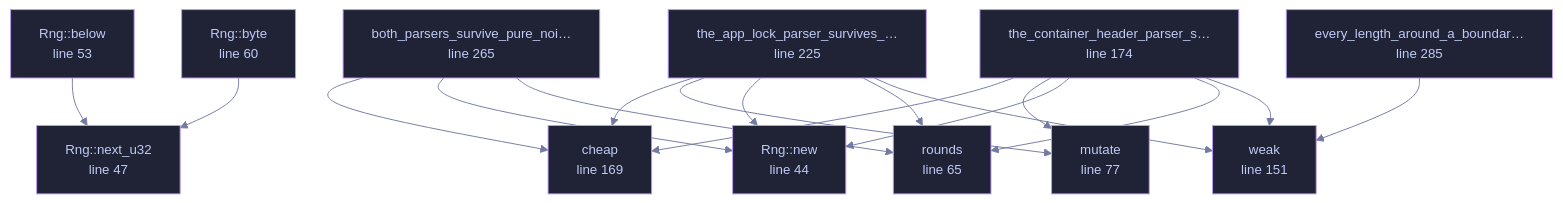
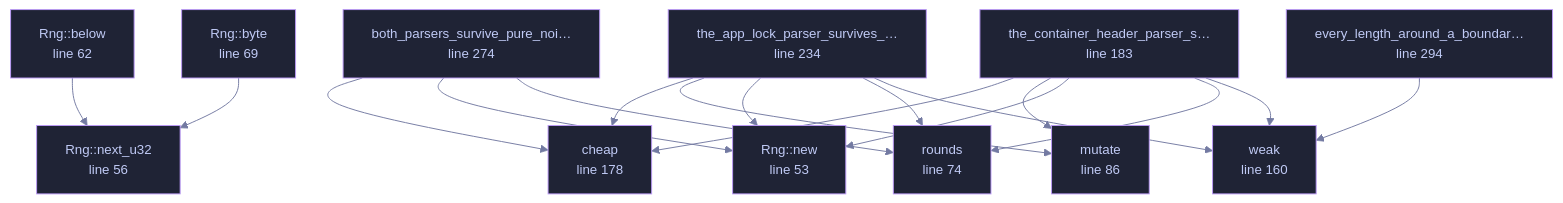
Before and after one commit to tilas01/veilvoice: the diagram in wiki/File-veilvoice-crypto-tests-parser_fuzz.md, drawn with Mermaid. The commit also changed other lines of this file and 487 other files, not shown here.

````diff
--- a/wiki/File-veilvoice-crypto-tests-parser_fuzz.md
+++ b/wiki/File-veilvoice-crypto-tests-parser_fuzz.md
@@ -69,46 +79,46 @@
 ```mermaid
 %%{init: {"theme":"base","themeVariables":{"background":"#1a1b26","primaryColor":"#1f2335","primaryTextColor":"#c0caf5","primaryBorderColor":"#7aa2f7","secondaryColor":"#16161e","tertiaryColor":"#16161e","lineColor":"#737aa2","textColor":"#c0caf5","mainBkg":"#1f2335","nodeBorder":"#7aa2f7","clusterBkg":"#16161e","clusterBorder":"#2f3549","fontFamily":"ui-monospace, SFMono-Regular, Consolas, monospace","fontSize":"14px"}}}%%
 flowchart TD
-    n_new["Rng::new<br/>line 44"]
-    n_next_u32["Rng::next_u32<br/>line 47"]
-    n_below["Rng::below<br/>line 53"]
-    n_byte["Rng::byte<br/>line 60"]
-    n_rounds["rounds<br/>line 65"]
-    n_mutate["mutate<br/>line 77"]
-    n_weak["weak<br/>line 151"]
-    n_cheap["cheap<br/>line 169"]
-    n_the_container_header_parser_survives_hostile_input["the_container_header_parser_s…<br/>line 174"]
-    n_the_app_lock_parser_survives_hostile_input["the_app_lock_parser_survives_…<br/>line 225"]
-    n_both_parsers_survive_pure_noise["both_parsers_survive_pure_noi…<br/>line 265"]
-    n_every_length_around_a_boundary_is_handled["every_length_around_a_boundar…<br/>line 285"]
+    n_new["Rng::new<br/>line 53"]
+    n_next_u32["Rng::next_u32<br/>line 56"]
+    n_below["Rng::below<br/>line 62"]
+    n_byte["Rng::byte<br/>line 69"]
+    n_rounds["rounds<br/>line 74"]
+    n_mutate["mutate<br/>line 86"]
+    n_weak["weak<br/>line 160"]
+    n_cheap["cheap<br/>line 178"]
+    n_the_container_header_parser_survives_hostile_input["the_container_header_parser_s…<br/>line 183"]
+    n_the_app_lock_parser_survives_hostile_input["the_app_lock_parser_survives_…<br/>line 234"]
+    n_both_parsers_survive_pure_noise["both_parsers_survive_pure_noi…<br/>line 274"]
+    n_every_length_around_a_boundary_is_handled["every_length_around_a_boundar…<br/>line 294"]
     n_below --> n_next_u32
     n_both_parsers_survive_pure_noise --> n_cheap
     n_both_parsers_survive_pure_noise --> n_new
     n_both_parsers_survive_pure_noise --> n_rounds
     n_byte --> n_next_u32
     n_every_length_around_a_boundary_is_handled --> n_weak
     n_the_app_lock_parser_survives_hostile_input --> n_cheap
     n_the_app_lock_parser_survives_hostile_input --> n_mutate
     n_the_app_lock_parser_survives_hostile_input --> n_new
     n_the_app_lock_parser_survives_hostile_input --> n_rounds
     n_the_app_lock_parser_survives_hostile_input --> n_weak
     n_the_container_header_parser_survives_hostile_input --> n_cheap
     n_the_container_header_parser_survives_hostile_input --> n_mutate
     n_the_container_header_parser_survives_hostile_input --> n_new
     n_the_container_header_parser_survives_hostile_input --> n_rounds
     n_the_container_header_parser_survives_hostile_input --> n_weak
-    click n_new href "https://github.com/tilas01/veilvoice/blob/main/crates/veilvoice-crypto/tests/parser_fuzz.rs#L44" "open the source"
-    click n_next_u32 href "https://github.com/tilas01/veilvoice/blob/main/crates/veilvoice-crypto/tests/parser_fuzz.rs#L47" "open the source"
-    click n_below href "https://github.com/tilas01/veilvoice/blob/main/crates/veilvoice-crypto/tests/parser_fuzz.rs#L53" "open the source"
-    click n_byte href "https://github.com/tilas01/veilvoice/blob/main/crates/veilvoice-crypto/tests/parser_fuzz.rs#L60" "open the source"
-    click n_rounds href "https://github.com/tilas01/veilvoice/blob/main/crates/veilvoice-crypto/tests/parser_fuzz.rs#L65" "open the source"
-    click n_mutate href "https://github.com/tilas01/veilvoice/blob/main/crates/veilvoice-crypto/tests/parser_fuzz.rs#L77" "open the source"
-    click n_weak href "https://github.com/tilas01/veilvoice/blob/main/crates/veilvoice-crypto/tests/parser_fuzz.rs#L151" "open the source"
-    click n_cheap href "https://github.com/tilas01/veilvoice/blob/main/crates/veilvoice-crypto/tests/parser_fuzz.rs#L169" "open the source"
-    click n_the_container_header_parser_survives_hostile_input href "https://github.com/tilas01/veilvoice/blob/main/crates/veilvoice-crypto/tests/parser_fuzz.rs#L174" "open the source"
-    click n_the_app_lock_parser_survives_hostile_input href "https://github.com/tilas01/veilvoice/blob/main/crates/veilvoice-crypto/tests/parser_fuzz.rs#L225" "open the source"
-    click n_both_parsers_survive_pure_noise href "https://github.com/tilas01/veilvoice/blob/main/crates/veilvoice-crypto/tests/parser_fuzz.rs#L265" "open the source"
-    click n_every_length_around_a_boundary_is_handled href "https://github.com/tilas01/veilvoice/blob/main/crates/veilvoice-crypto/tests/parser_fuzz.rs#L285" "open the source"
+    click n_new href "https://github.com/tilas01/veilvoice/blob/main/crates/veilvoice-crypto/tests/parser_fuzz.rs#L53" "open the source"
+    click n_next_u32 href "https://github.com/tilas01/veilvoice/blob/main/crates/veilvoice-crypto/tests/parser_fuzz.rs#L56" "open the source"
+    click n_below href "https://github.com/tilas01/veilvoice/blob/main/crates/veilvoice-crypto/tests/parser_fuzz.rs#L62" "open the source"
+    click n_byte href "https://github.com/tilas01/veilvoice/blob/main/crates/veilvoice-crypto/tests/parser_fuzz.rs#L69" "open the source"
+    click n_rounds href "https://github.com/tilas01/veilvoice/blob/main/crates/veilvoice-crypto/tests/parser_fuzz.rs#L74" "open the source"
+    click n_mutate href "https://github.com/tilas01/veilvoice/blob/main/crates/veilvoice-crypto/tests/parser_fuzz.rs#L86" "open the source"
+    click n_weak href "https://github.com/tilas01/veilvoice/blob/main/crates/veilvoice-crypto/tests/parser_fuzz.rs#L160" "open the source"
+    click n_cheap href "https://github.com/tilas01/veilvoice/blob/main/crates/veilvoice-crypto/tests/parser_fuzz.rs#L178" "open the source"
+    click n_the_container_header_parser_survives_hostile_input href "https://github.com/tilas01/veilvoice/blob/main/crates/veilvoice-crypto/tests/parser_fuzz.rs#L183" "open the source"
+    click n_the_app_lock_parser_survives_hostile_input href "https://github.com/tilas01/veilvoice/blob/main/crates/veilvoice-crypto/tests/parser_fuzz.rs#L234" "open the source"
+    click n_both_parsers_survive_pure_noise href "https://github.com/tilas01/veilvoice/blob/main/crates/veilvoice-crypto/tests/parser_fuzz.rs#L274" "open the source"
+    click n_every_length_around_a_boundary_is_handled href "https://github.com/tilas01/veilvoice/blob/main/crates/veilvoice-crypto/tests/parser_fuzz.rs#L294" "open the source"
     classDef helper fill:#1f2335,stroke:#bb9af7,color:#c0caf5
     class n_new,n_next_u32,n_below,n_byte,n_rounds,n_mutate,n_weak,n_cheap,n_the_container_header_parser_survives_hostile_input,n_the_app_lock_parser_survives_hostile_input,n_both_parsers_survive_pure_noise,n_every_length_around_a_boundary_is_handled helper
 ```
````
